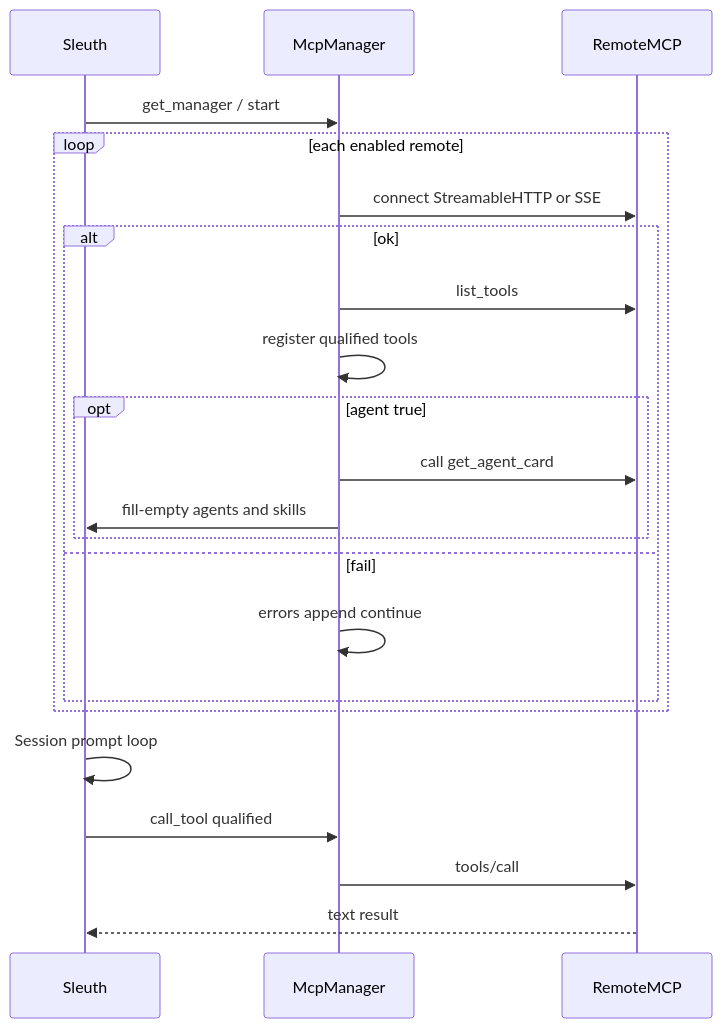
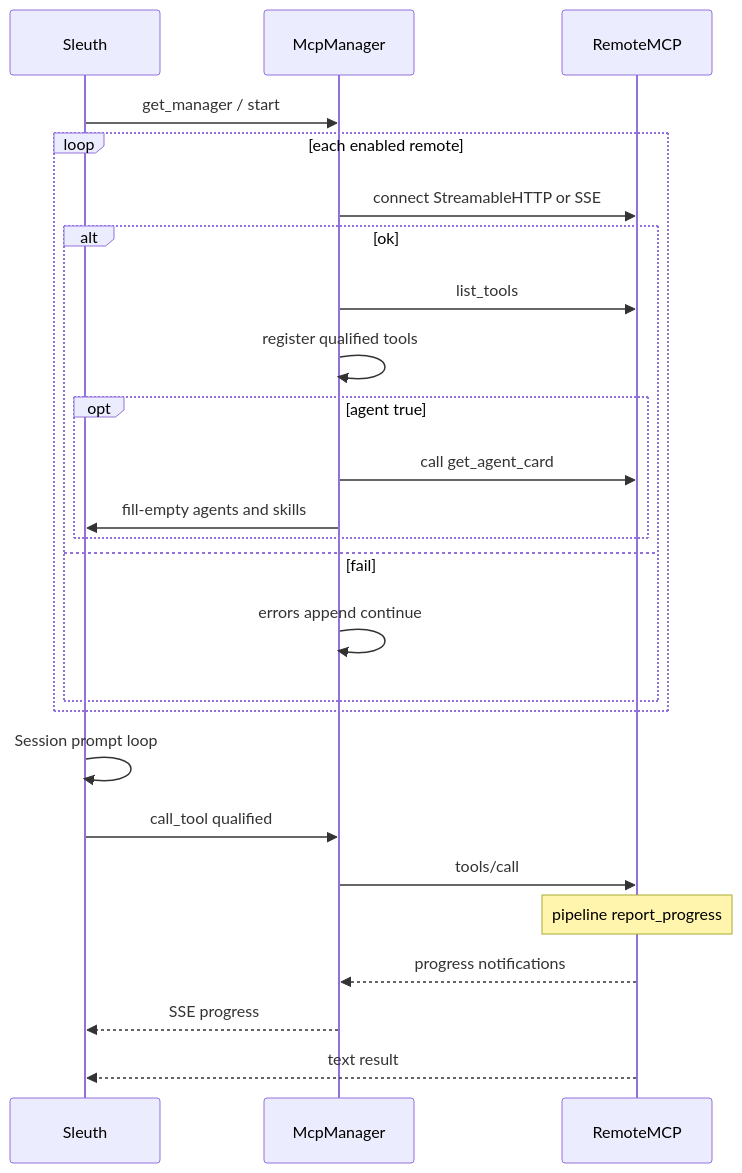
Before and after one commit to ldystudy0913-jpg/sleuth: the second of 2 diagrams in docs/MCP_INTEGRATION.md, drawn with Mermaid. The commit also changed other lines of this file and 46 other files, not shown here.

````diff
--- a/docs/MCP_INTEGRATION.md
+++ b/docs/MCP_INTEGRATION.md
@@ -264,24 +264,27 @@
 ```mermaid
 sequenceDiagram
   participant S as Sleuth
   participant M as McpManager
   participant R as RemoteMCP
   S->>M: get_manager / start
   loop each enabled remote
     M->>R: connect StreamableHTTP or SSE
     alt ok
       M->>R: list_tools
       M->>M: register qualified tools
       opt agent true
         M->>R: call get_agent_card
         M->>S: fill-empty agents and skills
       end
     else fail
       M->>M: errors append continue
     end
   end
   S->>S: Session prompt loop
   S->>M: call_tool qualified
   M->>R: tools/call
+  Note over R: pipeline report_progress
+  R-->>M: progress notifications
+  M-->>S: SSE progress
   R-->>S: text result
 ```
````
